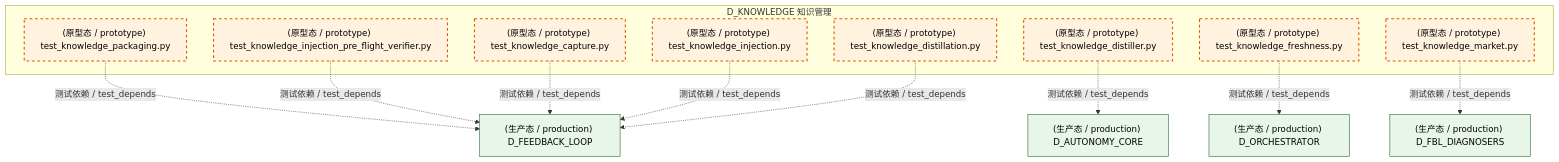
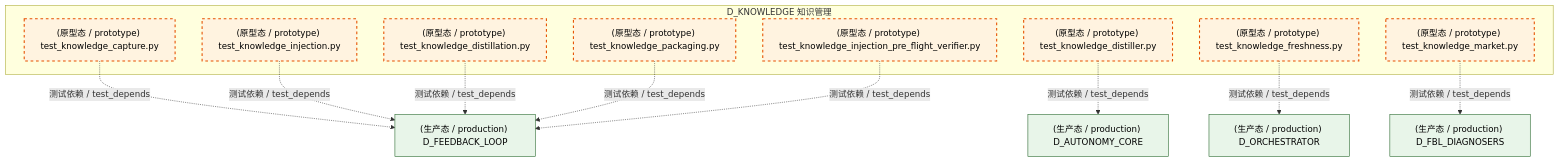
One commit to xuanFelixVan/ZephyrAlpha changed the second of 5 diagrams in docs/02_enterprise_architecture/02_domain_architecture_docs/48_d_knowledge.md. Above: the diagram before and after it, drawn with Mermaid. The commit also changed other lines of this file and 126 other files, not shown here.

````diff
--- a/docs/02_enterprise_architecture/02_domain_architecture_docs/48_d_knowledge.md
+++ b/docs/02_enterprise_architecture/02_domain_architecture_docs/48_d_knowledge.md
@@ -176,31 +174,31 @@
 ```mermaid
 graph TD
     subgraph D_KNOWLEDGE["D_KNOWLEDGE 知识管理"]
         tests_knowledge_engine_test_knowledge_capture_py["(原型态 / prototype) test_knowledge_capture.py"]
         tests_knowledge_engine_test_knowledge_distillation_py["(原型态 / prototype) test_knowledge_distillation.py"]
         tests_knowledge_engine_test_knowledge_distiller_py["(原型态 / prototype) test_knowledge_distiller.py"]
         tests_knowledge_engine_test_knowledge_freshness_py["(原型态 / prototype) test_knowledge_freshness.py"]
         tests_knowledge_engine_test_knowledge_injection_py["(原型态 / prototype) test_knowledge_injection.py"]
         tests_knowledge_engine_test_knowledge_injection_pre_flight_verifier_py["(原型态 / prototype) test_knowledge_injection_pre_flight_verifier.py"]
         tests_knowledge_engine_test_knowledge_market_py["(原型态 / prototype) test_knowledge_market.py"]
         tests_knowledge_engine_test_knowledge_packaging_py["(原型态 / prototype) test_knowledge_packaging.py"]
     end
-    D_FEEDBACK_LOOP["(生产态 / production) D_FEEDBACK_LOOP"]
-    tests_knowledge_engine_test_knowledge_packaging_py -.->|测试依赖 / test_depends| D_FEEDBACK_LOOP
-    tests_knowledge_engine_test_knowledge_injection_pre_flight_verifier_py -.->|测试依赖 / test_depends| D_FEEDBACK_LOOP
     D_AUTONOMY_CORE["(生产态 / production) D_AUTONOMY_CORE"]
     tests_knowledge_engine_test_knowledge_distiller_py -.->|测试依赖 / test_depends| D_AUTONOMY_CORE
+    D_FEEDBACK_LOOP["(生产态 / production) D_FEEDBACK_LOOP"]
     tests_knowledge_engine_test_knowledge_capture_py -.->|测试依赖 / test_depends| D_FEEDBACK_LOOP
     D_FBL_DIAGNOSERS["(生产态 / production) D_FBL_DIAGNOSERS"]
     tests_knowledge_engine_test_knowledge_market_py -.->|测试依赖 / test_depends| D_FBL_DIAGNOSERS
     tests_knowledge_engine_test_knowledge_injection_py -.->|测试依赖 / test_depends| D_FEEDBACK_LOOP
     tests_knowledge_engine_test_knowledge_distillation_py -.->|测试依赖 / test_depends| D_FEEDBACK_LOOP
+    tests_knowledge_engine_test_knowledge_packaging_py -.->|测试依赖 / test_depends| D_FEEDBACK_LOOP
+    tests_knowledge_engine_test_knowledge_injection_pre_flight_verifier_py -.->|测试依赖 / test_depends| D_FEEDBACK_LOOP
     D_ORCHESTRATOR["(生产态 / production) D_ORCHESTRATOR"]
     tests_knowledge_engine_test_knowledge_freshness_py -.->|测试依赖 / test_depends| D_ORCHESTRATOR
     classDef production fill:#e1f5fe,stroke:#01579b,stroke-width:2px,color:#000
     classDef design fill:#fff3e0,stroke:#e65100,stroke-width:2px,color:#000,stroke-dasharray: 5 5
     classDef external_prod fill:#e8f5e9,stroke:#1b5e20,stroke-width:1px,color:#000
     classDef external_design fill:#fce4ec,stroke:#880e4f,stroke-width:1px,color:#000,stroke-dasharray: 5 5
     class tests_knowledge_engine_test_knowledge_capture_py,tests_knowledge_engine_test_knowledge_distillation_py,tests_knowledge_engine_test_knowledge_distiller_py,tests_knowledge_engine_test_knowledge_freshness_py,tests_knowledge_engine_test_knowledge_injection_py,tests_knowledge_engine_test_knowledge_injection_pre_flight_verifier_py,tests_knowledge_engine_test_knowledge_market_py,tests_knowledge_engine_test_knowledge_packaging_py design
-    class D_FEEDBACK_LOOP,D_AUTONOMY_CORE,D_FBL_DIAGNOSERS,D_ORCHESTRATOR external_prod
+    class D_AUTONOMY_CORE,D_FEEDBACK_LOOP,D_FBL_DIAGNOSERS,D_ORCHESTRATOR external_prod
 ```
````
